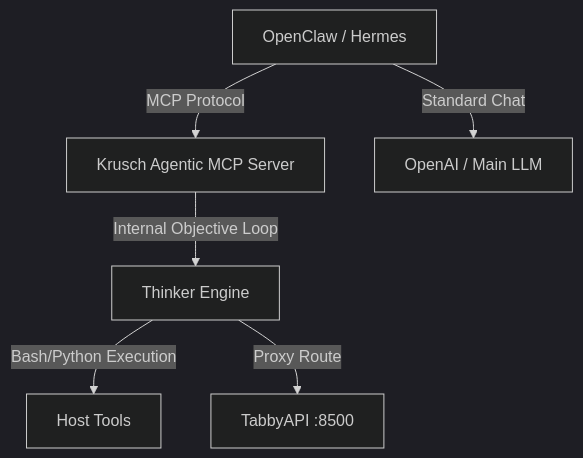
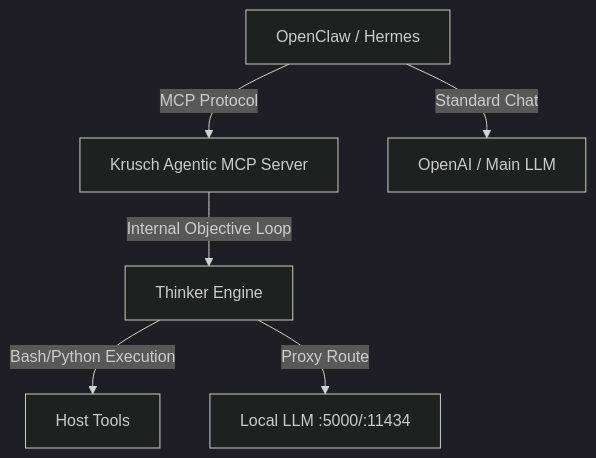
The diagram in docs/openclaw_integration.md (kruschdev/krusch_agentic_proxy), drawn with Mermaid (dark theme) before and after one commit. The commit also changed 12 other files, not shown here.

````diff
--- a/docs/openclaw_integration.md
+++ b/docs/openclaw_integration.md
@@ -7,8 +7,8 @@
 ```mermaid
 graph TD
     OC[OpenClaw / Hermes] -->|MCP Protocol| MCP[Krusch Agentic MCP Server]
     OC -->|Standard Chat| OpenAI[OpenAI / Main LLM]
     MCP -->|Internal Objective Loop| Thinker[Thinker Engine]
     Thinker -->|Bash/Python Execution| Tools[Host Tools]
-    Thinker -->|Proxy Route| LocalLLM[TabbyAPI :8500]
+    Thinker -->|Proxy Route| LocalLLM[Local LLM :5000/:11434]
 ```
````
